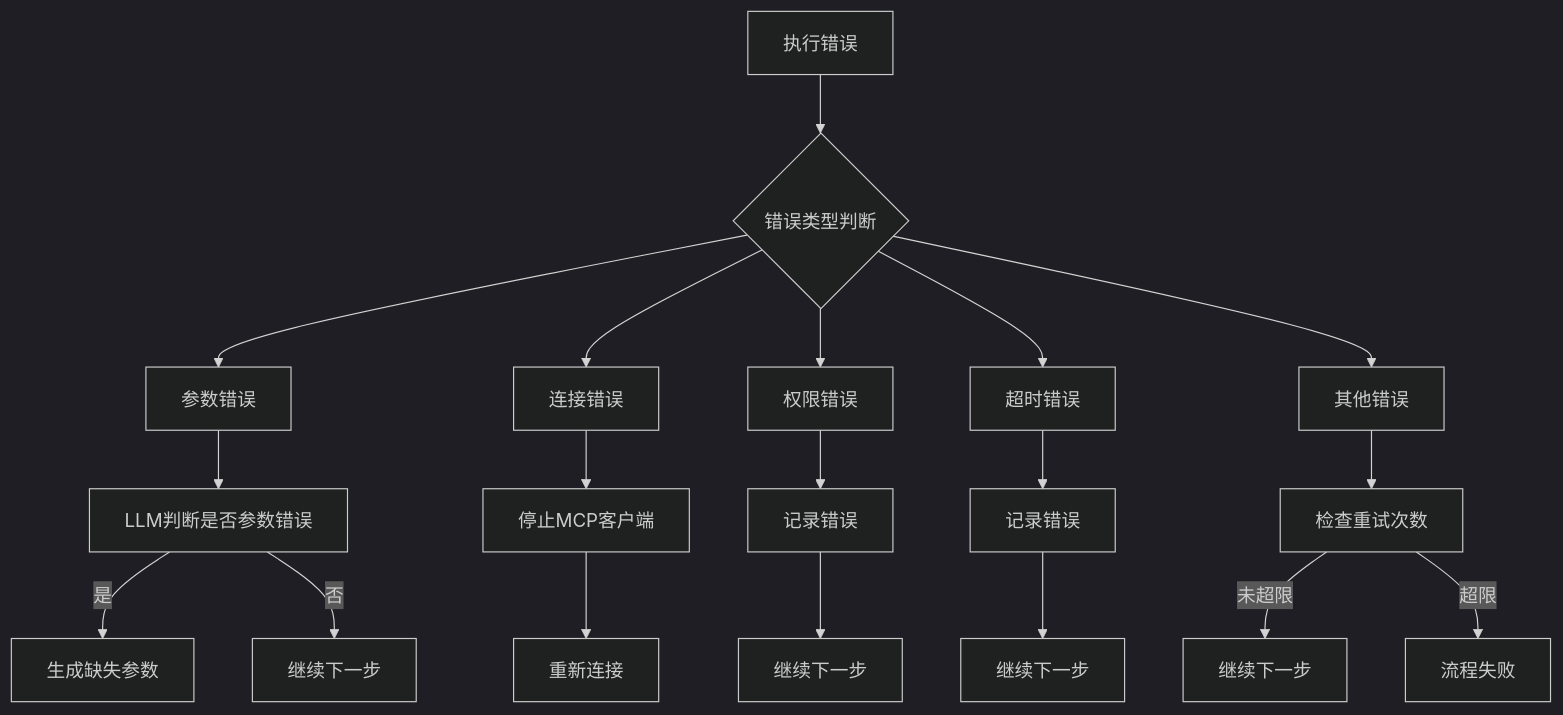
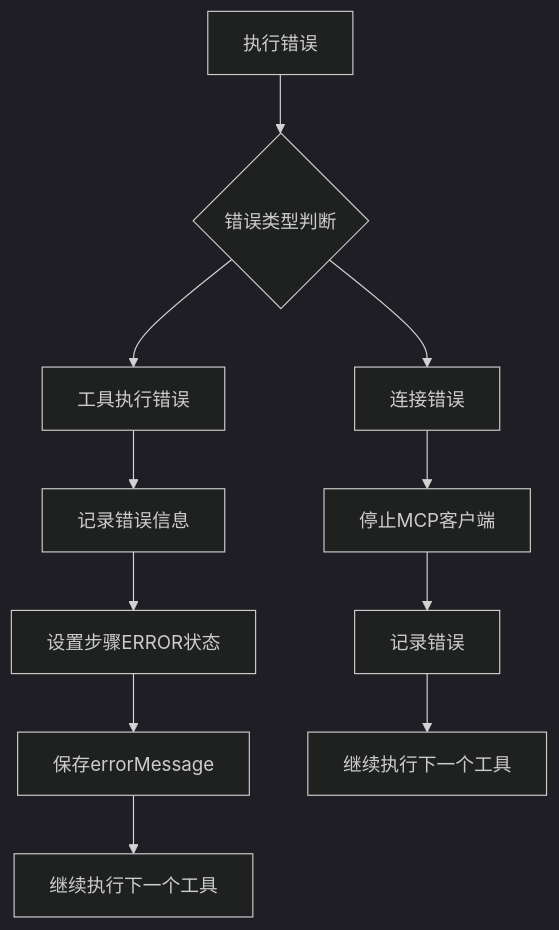
One commit to openeuler-mirror/euler-copilot-framework changed diagram 12 of 13 in design/executor/agent.md. Above: the diagram before and after it, drawn with Mermaid (dark theme). The commit also changed other lines of this file and 3 other files, not shown here.

````diff
--- a/design/executor/agent.md
+++ b/design/executor/agent.md
@@ -992,26 +1328,15 @@
 ```mermaid
 graph TD
     A[执行错误] --> B{错误类型判断}
-    B --> C[参数错误]
+    B --> C[工具执行错误]
     B --> D[连接错误]
-    B --> E[权限错误]
-    B --> F[超时错误]
-    B --> G[其他错误]
 
-    C --> C1[LLM判断是否参数错误]
-    C1 -->|是| C2[生成缺失参数]
-    C1 -->|否| C3[继续下一步]
+    C --> C1[记录错误信息]
+    C1 --> C2[设置步骤ERROR状态]
+    C2 --> C3[保存errorMessage]
+    C3 --> C4[继续执行下一个工具]
 
     D --> D1[停止MCP客户端]
-    D1 --> D2[重新连接]
-
-    E --> E1[记录错误]
-    E1 --> E2[继续下一步]
-
-    F --> F1[记录错误]
-    F1 --> F2[继续下一步]
-
-    G --> G1[检查重试次数]
-    G1 -->|未超限| G2[继续下一步]
-    G1 -->|超限| G3[流程失败]
+    D1 --> D2[记录错误]
+    D2 --> D3[继续执行下一个工具]
 ```
````
